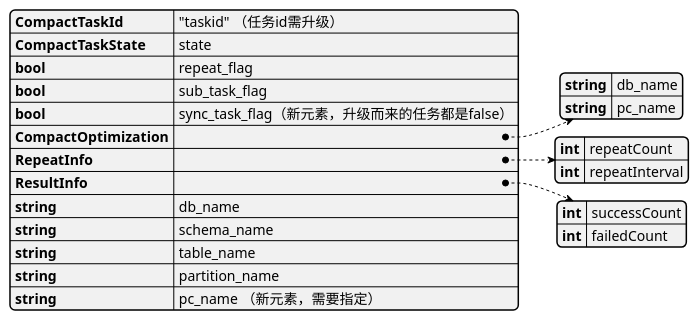
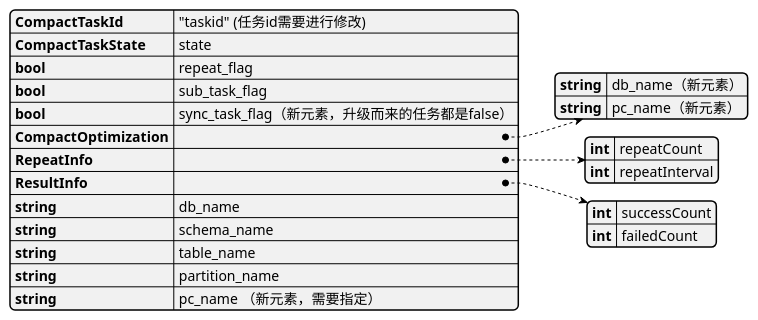
Before and after one commit to HarpsealCC/note: diagram 15 of 24 in 东方国信工作资料/compaction/Compaction任务升级方案.md, drawn with PlantUML. The commit also changed other lines of this file, not shown here.

````diff
--- a/东方国信工作资料/compaction/Compaction任务升级方案.md
+++ b/东方国信工作资料/compaction/Compaction任务升级方案.md
@@ -395,23 +397,23 @@
 ```plantuml
 @startyaml
-CompactTaskId: "taskid" （任务id需升级）
+CompactTaskId: "taskid" (任务id需要进行修改) 
 CompactTaskState: "state"
 bool: repeat_flag
 bool: sub_task_flag
 bool: sync_task_flag（新元素，升级而来的任务都是false）
 CompactOptimization:
-	string:db_name
-	string:pc_name
+	string:db_name（新元素）
+	string:pc_name（新元素）
 RepeatInfo: 
 	int: repeatCount
 	int: repeatInterval
 ResultInfo:
 	int: successCount
 	int: failedCount
 string: db_name
 string: schema_name
 string: table_name
 string: partition_name
 string: pc_name （新元素，需要指定）  
 @endyaml
 ```
````
